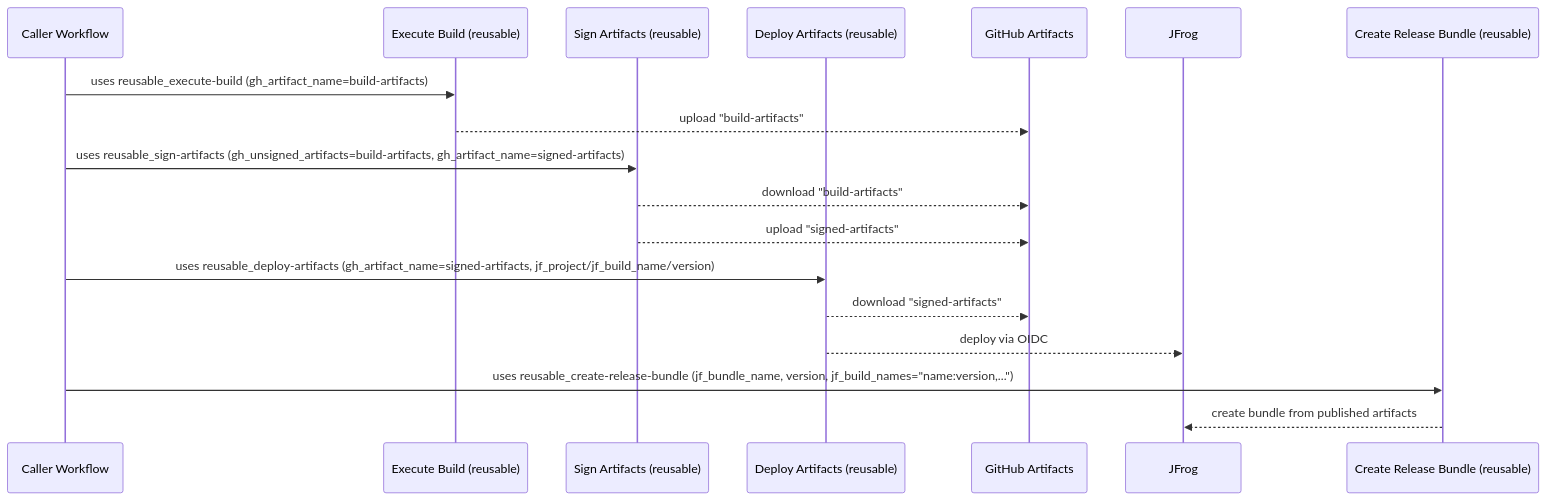
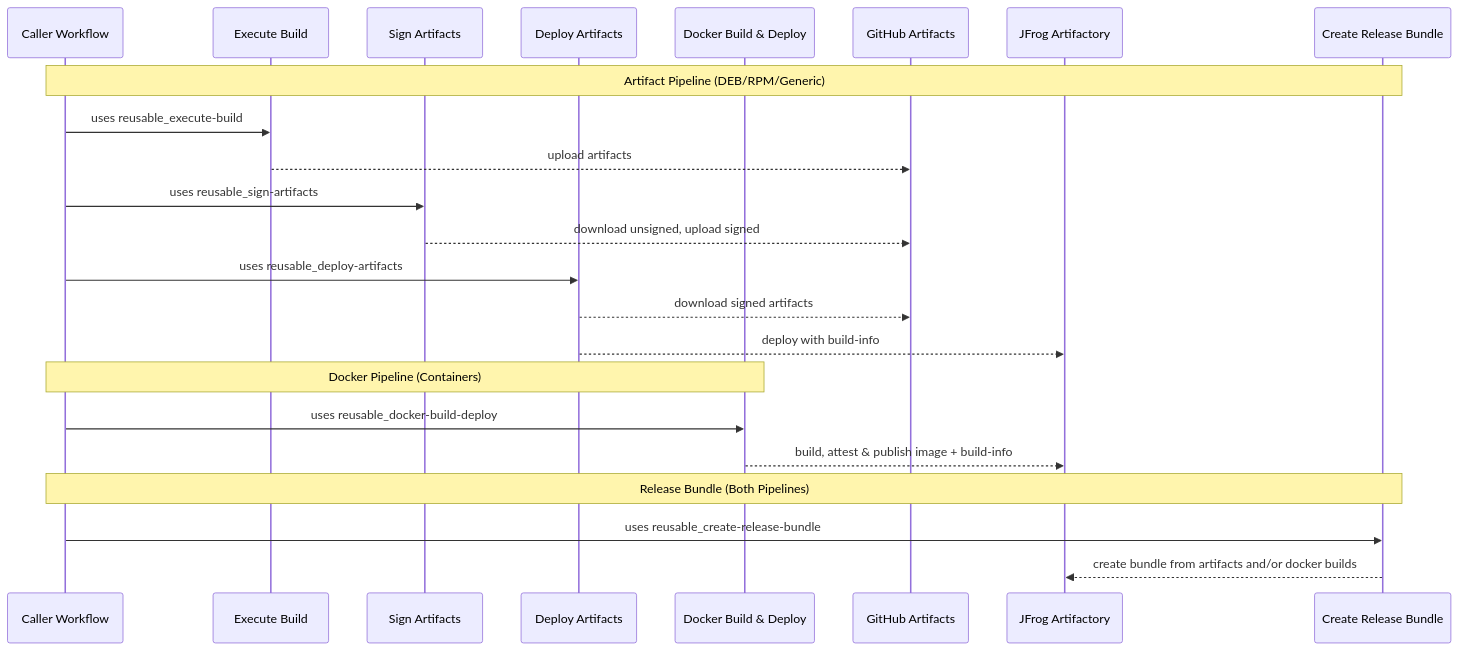
The diagram in .github/workflows/docs/CICD-with-shared-actions.md (aerospike/shared-workflows), drawn with Mermaid before and after one commit. The commit also changed other lines of this file and 1 other file, not shown here.

````diff
--- a/.github/workflows/docs/CICD-with-shared-actions.md
+++ b/.github/workflows/docs/CICD-with-shared-actions.md
@@ -18,21 +27,28 @@
 ```mermaid
 sequenceDiagram
   participant WF as Caller Workflow
-  participant SW1 as Execute Build (reusable)
-  participant SW2 as Sign Artifacts (reusable)
-  participant SW3 as Deploy Artifacts (reusable)
+  participant SW1 as Execute Build
+  participant SW2 as Sign Artifacts
+  participant SW3 as Deploy Artifacts
+  participant SW5 as Docker Build & Deploy
   participant GA as GitHub Artifacts
-  participant JF as JFrog
-  participant SW4 as Create Release Bundle (reusable)
+  participant JF as JFrog Artifactory
+  participant SW4 as Create Release Bundle
 
-  WF->>SW1: uses reusable_execute-build (gh_artifact_name=build-artifacts)
-  SW1-->>GA: upload "build-artifacts"
-  WF->>SW2: uses reusable_sign-artifacts (gh_unsigned_artifacts=build-artifacts, gh_artifact_name=signed-artifacts)
-  SW2-->>GA: download "build-artifacts"
-  SW2-->>GA: upload "signed-artifacts"
-  WF->>SW3: uses reusable_deploy-artifacts (gh_artifact_name=signed-artifacts, jf_project/jf_build_name/version)
-  SW3-->>GA: download "signed-artifacts"
-  SW3-->>JF: deploy via OIDC
-  WF->>SW4: uses reusable_create-release-bundle (jf_bundle_name, version, jf_build_names="name:version,...")
-  SW4-->>JF: create bundle from published artifacts
+  Note over WF,SW4: Artifact Pipeline (DEB/RPM/Generic)
+  WF->>SW1: uses reusable_execute-build
+  SW1-->>GA: upload artifacts
+  WF->>SW2: uses reusable_sign-artifacts
+  SW2-->>GA: download unsigned, upload signed
+  WF->>SW3: uses reusable_deploy-artifacts
+  SW3-->>GA: download signed artifacts
+  SW3-->>JF: deploy with build-info
+
+  Note over WF,SW5: Docker Pipeline (Containers)
+  WF->>SW5: uses reusable_docker-build-deploy
+  SW5-->>JF: build, attest & publish image + build-info
+
+  Note over WF,SW4: Release Bundle (Both Pipelines)
+  WF->>SW4: uses reusable_create-release-bundle
+  SW4-->>JF: create bundle from artifacts and/or docker builds
 ```
````
